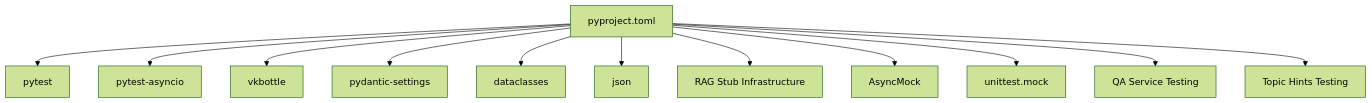
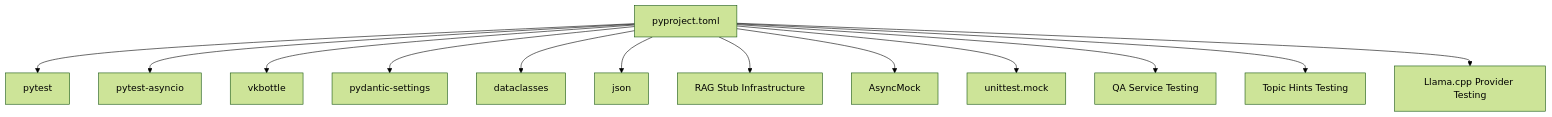
One commit to ognelis/cafetera_hr_bot changed the third of 3 diagrams in .qoder/repowiki/en/content/Testing Strategy.md. Above: the diagram before and after it, drawn with Mermaid (forest theme). The commit also changed other lines of this file and 13 other files, not shown here.

````diff
--- a/.qoder/repowiki/en/content/Testing Strategy.md
+++ b/.qoder/repowiki/en/content/Testing Strategy.md
@@ -550,26 +611,28 @@
 ```mermaid
 graph TB
 PY["pyproject.toml"]
 P["pytest"]
 PA["pytest-asyncio"]
 VK["vkbottle"]
 PS["pydantic-settings"]
 DC["dataclasses"]
 JSON["json"]
 RS["RAG Stub Infrastructure"]
 AM["AsyncMock"]
 UM["unittest.mock"]
 QA["QA Service Testing"]
 TH["Topic Hints Testing"]
+LP["Llama.cpp Provider Testing"]
 PY --> P
 PY --> PA
 PY --> VK
 PY --> PS
 PY --> DC
 PY --> JSON
 PY --> RS
 PY --> AM
 PY --> UM
 PY --> QA
 PY --> TH
+PY --> LP
 ```
````
